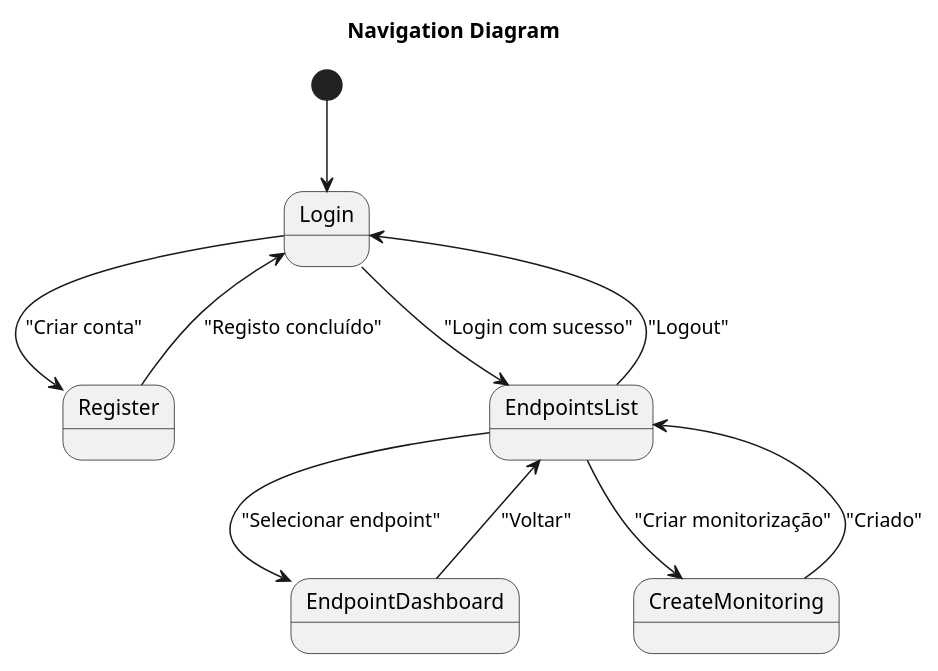
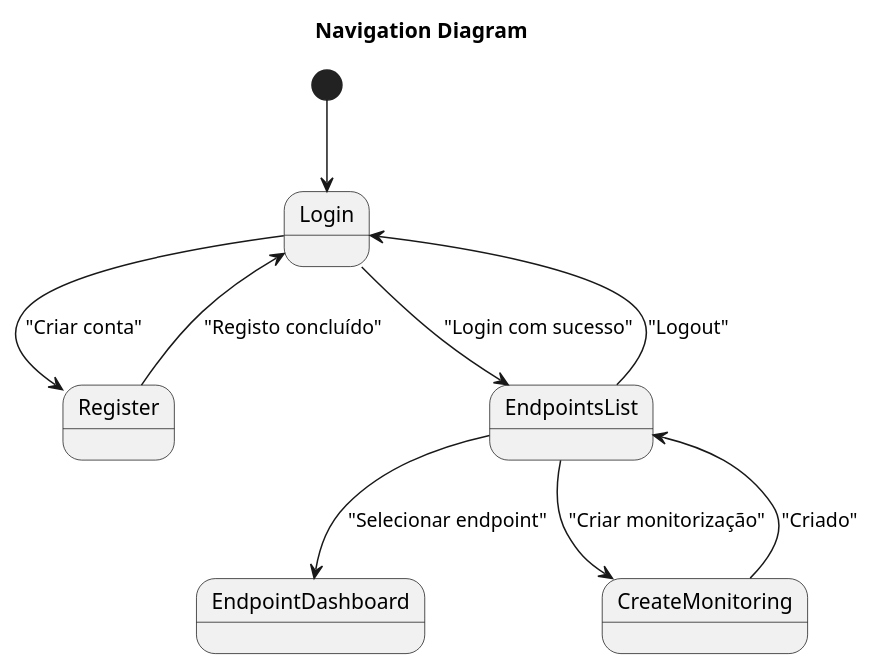
Before and after one commit to zYzzcAshh/api-performance-monitor: the diagram in docs/diagrams/navigation.puml, drawn with PlantUML.

Commit message:
remove back link from navigation diagram

```diff
--- a/docs/diagrams/navigation.puml
+++ b/docs/diagrams/navigation.puml
@@ -1,20 +1,18 @@
 @startuml
 title Navigation Diagram
 
 [*] --> Login
 
 Login --> Register : "Criar conta"
 Register --> Login : "Registo concluído"
 
 Login --> EndpointsList : "Login com sucesso"
 
 EndpointsList --> EndpointDashboard : "Selecionar endpoint"
 EndpointsList --> CreateMonitoring : "Criar monitorização"
 
 CreateMonitoring --> EndpointsList : "Criado"
 
-EndpointDashboard --> EndpointsList : "Voltar"
-
 EndpointsList --> Login : "Logout"
 
 @enduml
```
